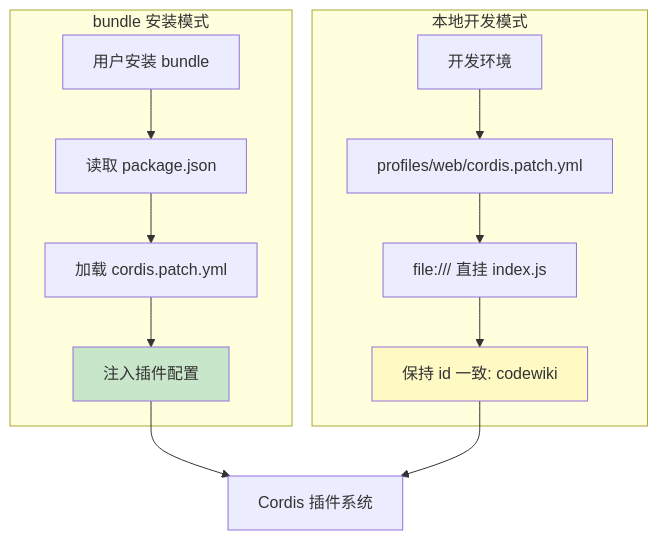
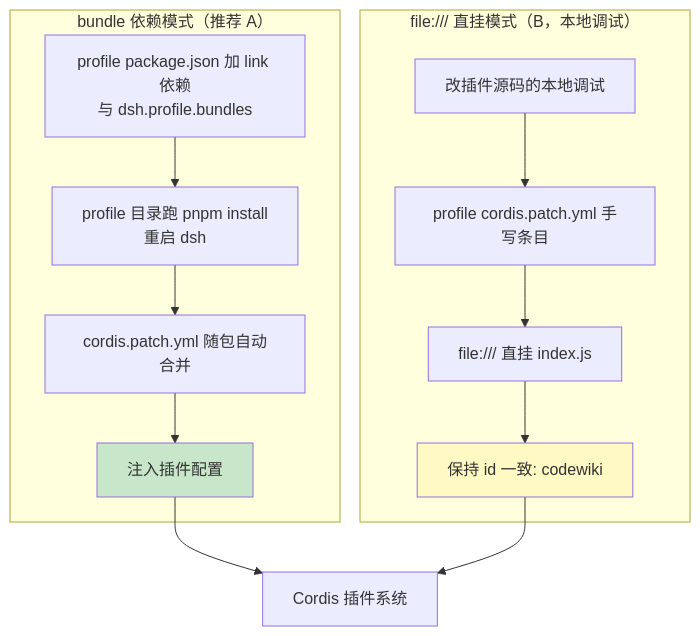
One commit to ikliml666/dsh-codewiki changed the third of 4 diagrams in .codewiki/_native-state/docs/Build___Dependency_Configuration_Layer/build_config.md. Above: the diagram before and after it, drawn with Mermaid. The commit also changed other lines of this file and 28 other files, not shown here.

````diff
--- a/.codewiki/_native-state/docs/Build___Dependency_Configuration_Layer/build_config.md
+++ b/.codewiki/_native-state/docs/Build___Dependency_Configuration_Layer/build_config.md
@@ -135,20 +136,20 @@
 ```mermaid
 graph TD
-    subgraph "bundle 安装模式"
-        A1["用户安装 bundle"] --> B1["读取 package.json"]
-        B1 --> C1["加载 cordis.patch.yml"]
+    subgraph "bundle 依赖模式（推荐 A）"
+        A1["profile package.json 加 link 依赖<br/>与 dsh.profile.bundles"] --> B1["profile 目录跑 pnpm install<br/>重启 dsh"]
+        B1 --> C1["cordis.patch.yml 随包自动合并"]
         C1 --> D1["注入插件配置"]
     end
 
-    subgraph "本地开发模式"
-        A2["开发环境"] --> B2["profiles/web/cordis.patch.yml"]
+    subgraph "file:/// 直挂模式（B，本地调试）"
+        A2["改插件源码的本地调试"] --> B2["profile cordis.patch.yml 手写条目"]
         B2 --> C2["file:/// 直挂 index.js"]
         C2 --> D2["保持 id 一致: codewiki"]
     end
 
     D1 --> E["Cordis 插件系统"]
     D2 --> E
 
     style D1 fill:#c8e6c9
     style D2 fill:#fff9c4
 ```
````
